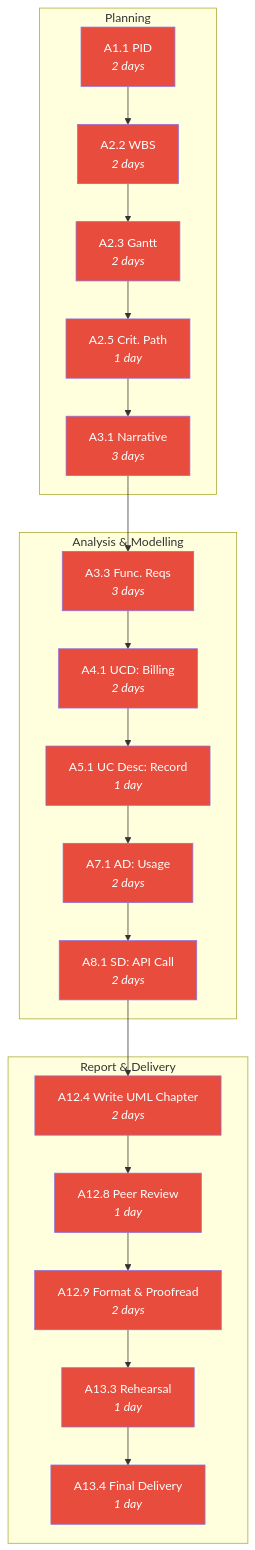
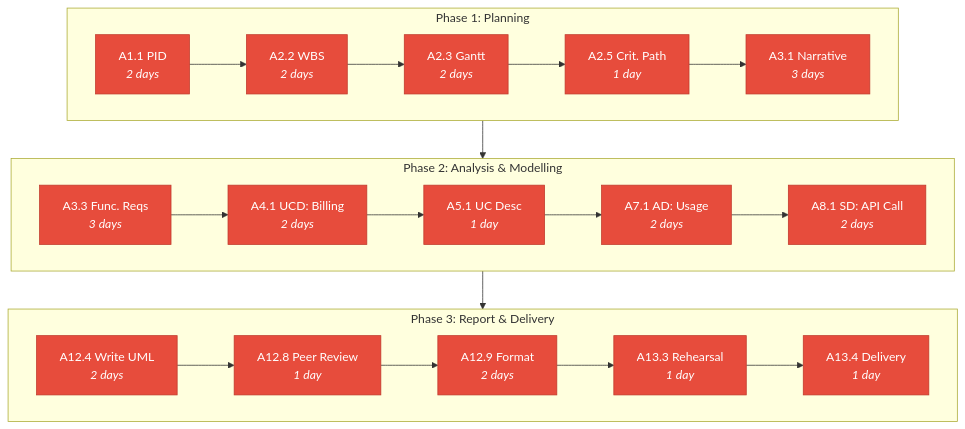
Before and after one commit to NAME0x0/CST2310_OpenAI_Enterprise_Billing: the second of 2 diagrams in 01-project-management/critical-path.md, drawn with Mermaid. The commit also changed other lines of this file and 1 other file, not shown here.

First line of the commit message:
feat: compact Z-pattern critical path, replace ASCII wireframes with Mermaid block-beta

````diff
--- a/01-project-management/critical-path.md
+++ b/01-project-management/critical-path.md
@@ -99,46 +89,23 @@
 ```mermaid
 graph TD
-    subgraph Row1["Planning"]
-        A1.1["A1.1 PID<br><i>2 days</i>"]
-        A2.2["A2.2 WBS<br><i>2 days</i>"]
-        A2.3["A2.3 Gantt<br><i>2 days</i>"]
-        A2.5["A2.5 Crit. Path<br><i>1 day</i>"]
-        A3.1["A3.1 Narrative<br><i>3 days</i>"]
+    subgraph P1["Phase 1: Planning"]
+        direction LR
+        b11["A1.1 PID<br><i>2 days</i>"] --> b22["A2.2 WBS<br><i>2 days</i>"] --> b23["A2.3 Gantt<br><i>2 days</i>"] --> b25["A2.5 Crit. Path<br><i>1 day</i>"] --> b31["A3.1 Narrative<br><i>3 days</i>"]
     end
 
-    subgraph Row2["Analysis & Modelling"]
-        A3.3["A3.3 Func. Reqs<br><i>3 days</i>"]
-        A4.1["A4.1 UCD: Billing<br><i>2 days</i>"]
-        A5.1["A5.1 UC Desc: Record<br><i>1 day</i>"]
-        A7.1["A7.1 AD: Usage<br><i>2 days</i>"]
-        A8.1["A8.1 SD: API Call<br><i>2 days</i>"]
+    subgraph P2["Phase 2: Analysis & Modelling"]
+        direction LR
+        b33["A3.3 Func. Reqs<br><i>3 days</i>"] --> b41["A4.1 UCD: Billing<br><i>2 days</i>"] --> b51["A5.1 UC Desc<br><i>1 day</i>"] --> b71["A7.1 AD: Usage<br><i>2 days</i>"] --> b81["A8.1 SD: API Call<br><i>2 days</i>"]
     end
 
-    subgraph Row3["Report & Delivery"]
-        A12.4["A12.4 Write UML Chapter<br><i>2 days</i>"]
-        A12.8["A12.8 Peer Review<br><i>1 day</i>"]
-        A12.9["A12.9 Format & Proofread<br><i>2 days</i>"]
-        A13.3["A13.3 Rehearsal<br><i>1 day</i>"]
-        A13.4["A13.4 Final Delivery<br><i>1 day</i>"]
+    subgraph P3["Phase 3: Report & Delivery"]
+        direction LR
+        b124["A12.4 Write UML<br><i>2 days</i>"] --> b128["A12.8 Peer Review<br><i>1 day</i>"] --> b129["A12.9 Format<br><i>2 days</i>"] --> b133["A13.3 Rehearsal<br><i>1 day</i>"] --> b134["A13.4 Delivery<br><i>1 day</i>"]
     end
 
-    A1.1 --> A2.2 --> A2.3 --> A2.5 --> A3.1
-    A3.1 --> A3.3 --> A4.1 --> A5.1 --> A7.1 --> A8.1
-    A8.1 --> A12.4 --> A12.8 --> A12.9 --> A13.3 --> A13.4
+    b31 --> b33
+    b81 --> b124
 
-    style A1.1 fill:#e74c3c,color:#fff
-    style A2.2 fill:#e74c3c,color:#fff
-    style A2.3 fill:#e74c3c,color:#fff
-    style A2.5 fill:#e74c3c,color:#fff
-    style A3.1 fill:#e74c3c,color:#fff
-    style A3.3 fill:#e74c3c,color:#fff
-    style A4.1 fill:#e74c3c,color:#fff
-    style A5.1 fill:#e74c3c,color:#fff
-    style A7.1 fill:#e74c3c,color:#fff
-    style A8.1 fill:#e74c3c,color:#fff
-    style A12.4 fill:#e74c3c,color:#fff
-    style A12.8 fill:#e74c3c,color:#fff
-    style A12.9 fill:#e74c3c,color:#fff
-    style A13.3 fill:#e74c3c,color:#fff
-    style A13.4 fill:#e74c3c,color:#fff
+    classDef crit fill:#e74c3c,color:#fff,stroke:#c0392b
+    class b11,b22,b23,b25,b31,b33,b41,b51,b71,b81,b124,b128,b129,b133,b134 crit
 ```
````
